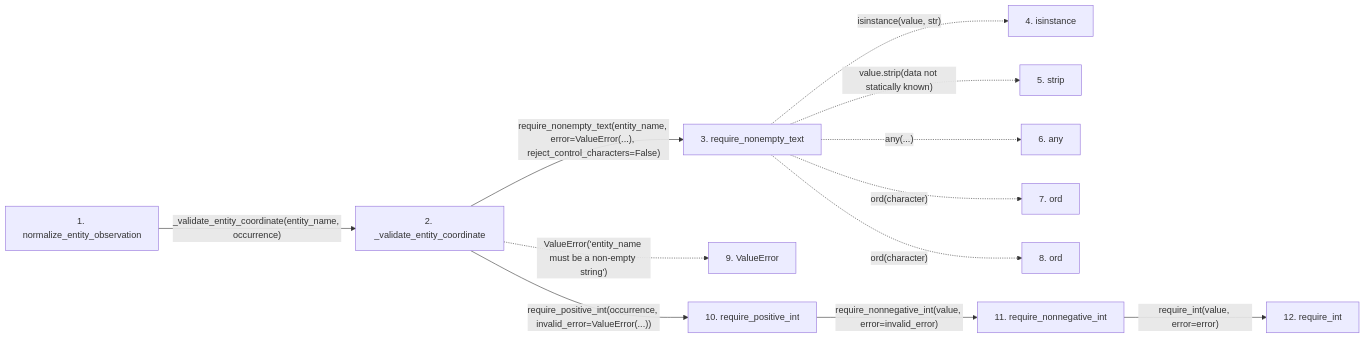
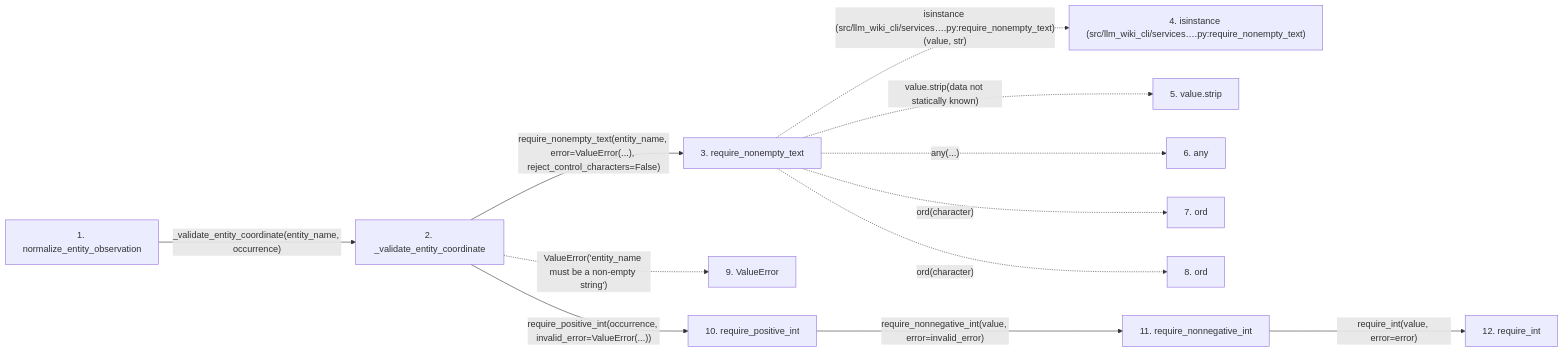
One commit to Denissvgn/python-wiki-llm changed the second of 2 diagrams in docs/llm_wiki/flows/api-normalize_entity_observation.md. Above: the diagram before and after it, drawn with Mermaid. The commit also changed other lines of this file and 719 other files, not shown here.

````diff
--- a/docs/llm_wiki/flows/api-normalize_entity_observation.md
+++ b/docs/llm_wiki/flows/api-normalize_entity_observation.md
@@ -68,32 +72,32 @@
 ```mermaid
 flowchart LR
     s1["1. normalize_entity_observation"]
     s2["2. _validate_entity_coordinate"]
     s3["3. require_nonempty_text"]
-    s4["4. isinstance"]
-    s5["5. strip"]
+    s4["4. isinstance (src/llm_wiki_cli/services….py:require_nonempty_text)"]
+    s5["5. value.strip"]
     s6["6. any"]
     s7["7. ord"]
     s8["8. ord"]
     s9["9. ValueError"]
     s10["10. require_positive_int"]
     s11["11. require_nonnegative_int"]
     s12["12. require_int"]
     s1 -->|"_validate_entity_coordinate(entity_name, occurrence)"| s2
     s2 -->|"require_nonempty_text(entity_name, error=ValueError(...), reject_control_characters=False)"| s3
-    s3 -. "isinstance(value, str)" .-> s4
+    s3 -. "isinstance (src/llm_wiki_cli/services….py:require_nonempty_text)(value, str)" .-> s4
     s3 -. "value.strip(data not statically known)" .-> s5
     s3 -. "any(...)" .-> s6
     s3 -. "ord(character)" .-> s7
     s3 -. "ord(character)" .-> s8
     s2 -. "ValueError('entity_name must be a non-empty string')" .-> s9
     s2 -->|"require_positive_int(occurrence, invalid_error=ValueError(...))"| s10
     s10 -->|"require_nonnegative_int(value, error=invalid_error)"| s11
     s11 -->|"require_int(value, error=error)"| s12
     click s1 "../modules/knowledge_evidence.md"
     click s2 "../modules/knowledge_evidence.md"
     click s3 "../modules/validation.md"
     click s10 "../modules/validation.md"
     click s11 "../modules/validation.md"
     click s12 "../modules/validation.md"
 ```
````
